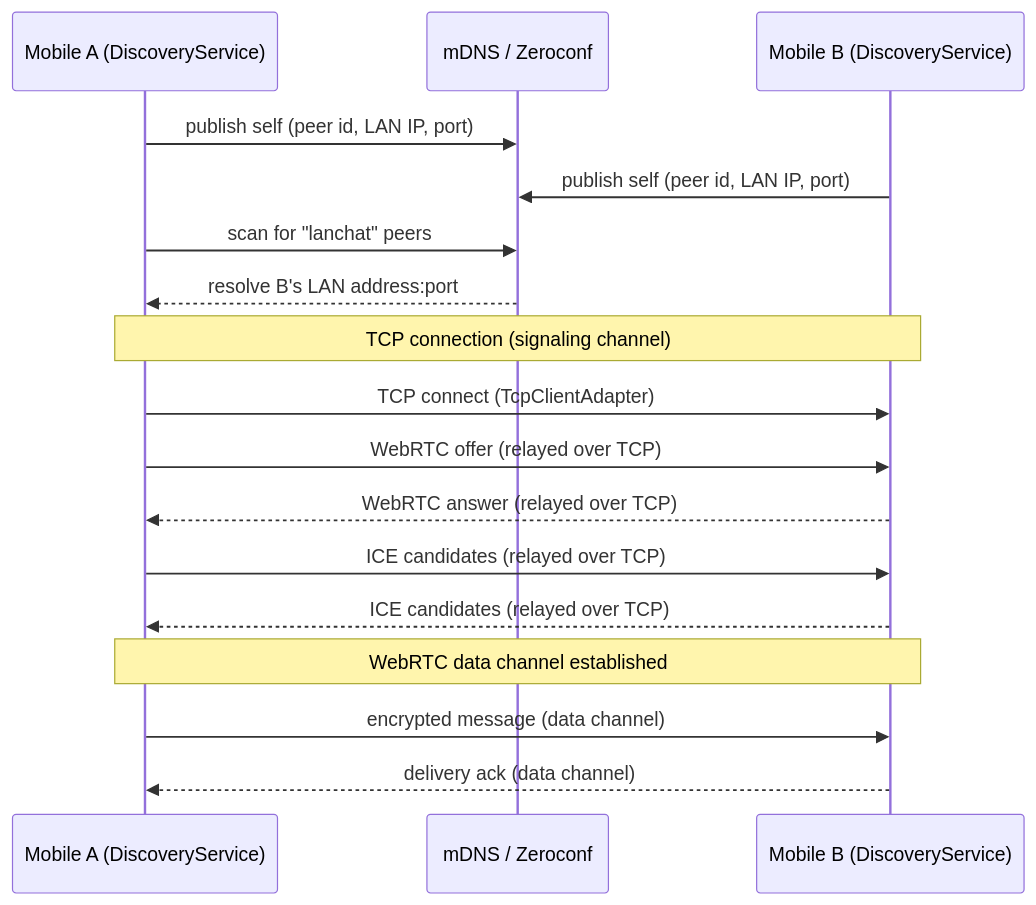
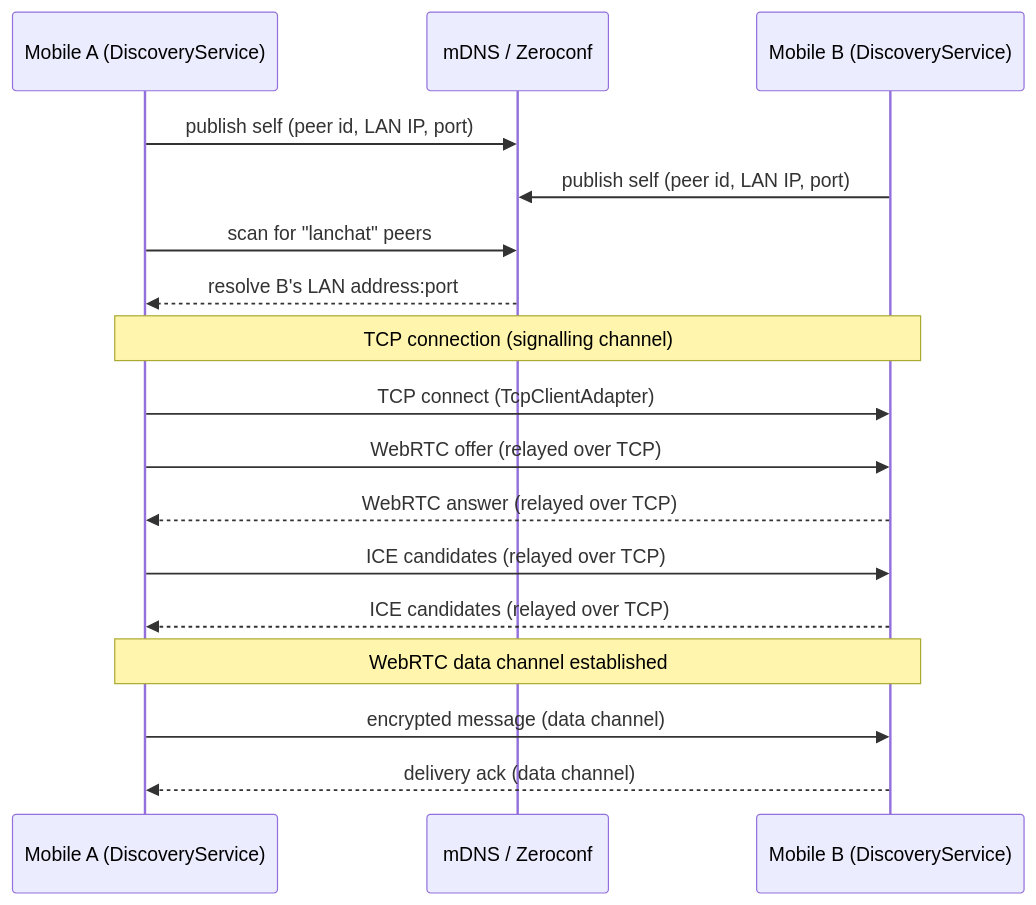
One commit to SAPOT-System/YLP-software changed the fourth of 7 diagrams in docs/architecture/data-flow.md. Above: the diagram before and after it, drawn with Mermaid. The commit also changed 12 other files, not shown here.

````diff
--- a/docs/architecture/data-flow.md
+++ b/docs/architecture/data-flow.md
@@ -69,22 +69,22 @@
 ```mermaid
 sequenceDiagram
     participant A as Mobile A (DiscoveryService)
     participant Z as mDNS / Zeroconf
     participant B as Mobile B (DiscoveryService)
 
     A->>Z: publish self (peer id, LAN IP, port)
     B->>Z: publish self (peer id, LAN IP, port)
     A->>Z: scan for "lanchat" peers
     Z-->>A: resolve B's LAN address:port
 
-    Note over A,B: TCP connection (signaling channel)
+    Note over A,B: TCP connection (signalling channel)
     A->>B: TCP connect (TcpClientAdapter)
     A->>B: WebRTC offer (relayed over TCP)
     B-->>A: WebRTC answer (relayed over TCP)
     A->>B: ICE candidates (relayed over TCP)
     B-->>A: ICE candidates (relayed over TCP)
 
     Note over A,B: WebRTC data channel established
     A->>B: encrypted message (data channel)
     B-->>A: delivery ack (data channel)
 ```
````
